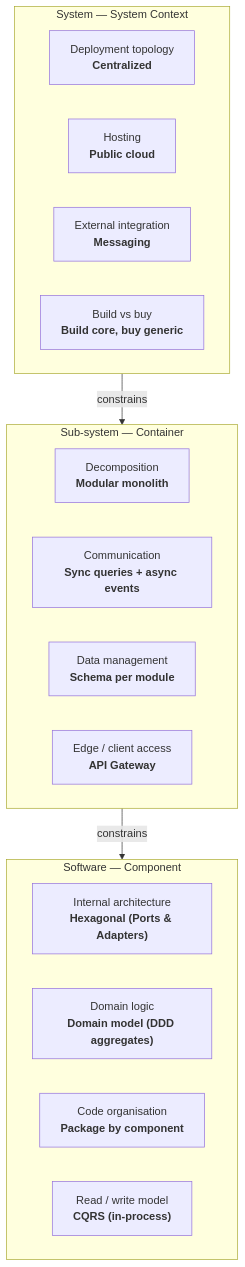
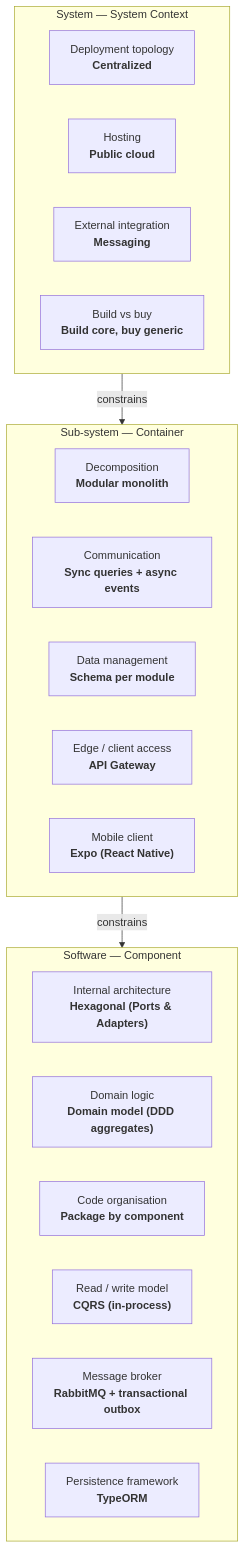
The diagram in ARCHITECTURE.md (trankien022/SkillSwap), drawn with Mermaid before and after one commit. The commit also changed other lines of this file and 14 other files, not shown here.

First line of the commit message:
docs: align C4 diagrams and architecture docs with code

````diff
--- a/ARCHITECTURE.md
+++ b/ARCHITECTURE.md
@@ -113,26 +116,29 @@
 ```mermaid
 flowchart TB
   subgraph L0["System — System Context"]
     direction LR
     sys_topology["Deployment topology<br/><b>Centralized</b>"]
     sys_hosting["Hosting<br/><b>Public cloud</b>"]
     sys_integration["External integration<br/><b>Messaging</b>"]
     sys_sourcing["Build vs buy<br/><b>Build core, buy generic</b>"]
   end
   subgraph L1["Sub-system — Container"]
     direction LR
     sub_decomp["Decomposition<br/><b>Modular monolith</b>"]
     sub_comm["Communication<br/><b>Sync queries + async events</b>"]
     sub_data["Data management<br/><b>Schema per module</b>"]
     sub_edge["Edge / client access<br/><b>API Gateway</b>"]
+    sub_mobile["Mobile client<br/><b>Expo (React Native)</b>"]
   end
   subgraph L2["Software — Component"]
     direction LR
     sw_internal["Internal architecture<br/><b>Hexagonal (Ports & Adapters)</b>"]
     sw_domain["Domain logic<br/><b>Domain model (DDD aggregates)</b>"]
     sw_org["Code organisation<br/><b>Package by component</b>"]
     sw_rw["Read / write model<br/><b>CQRS (in-process)</b>"]
+    sw_broker["Message broker<br/><b>RabbitMQ + transactional outbox</b>"]
+    sw_persistence["Persistence framework<br/><b>TypeORM</b>"]
   end
   L0 -->|constrains| L1
   L1 -->|constrains| L2
 ```
````
